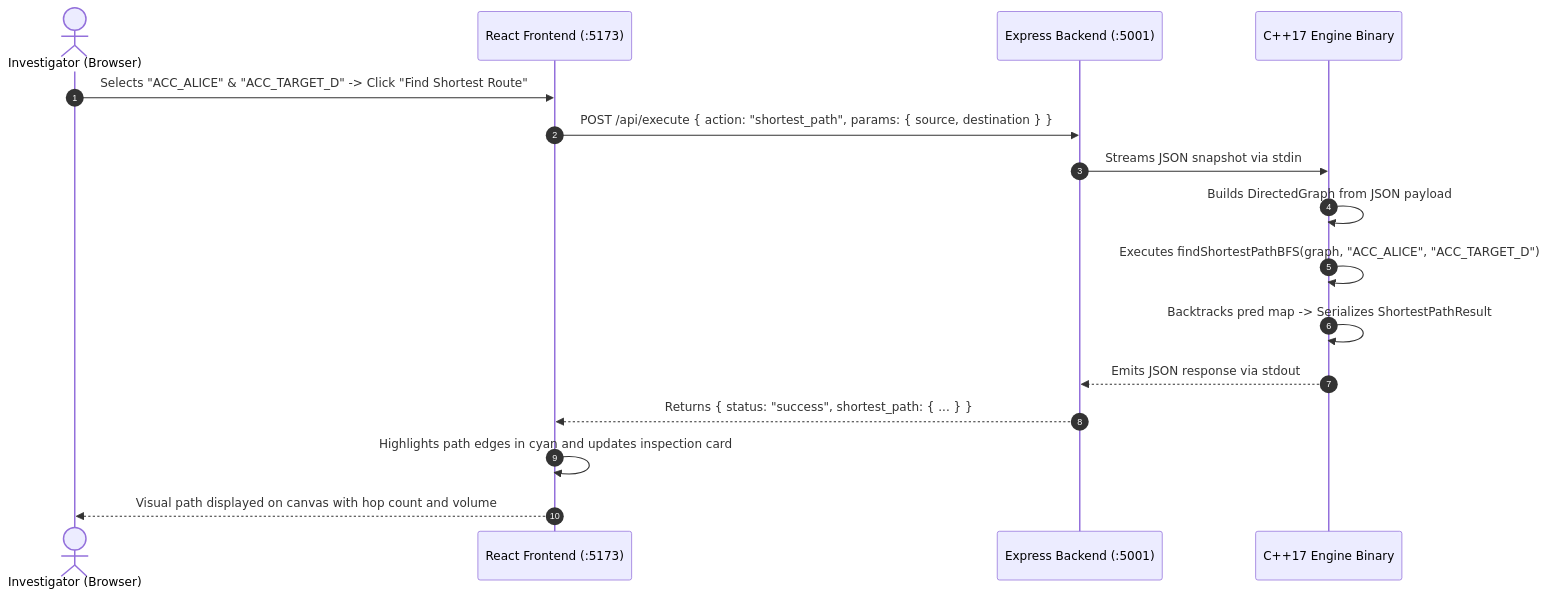
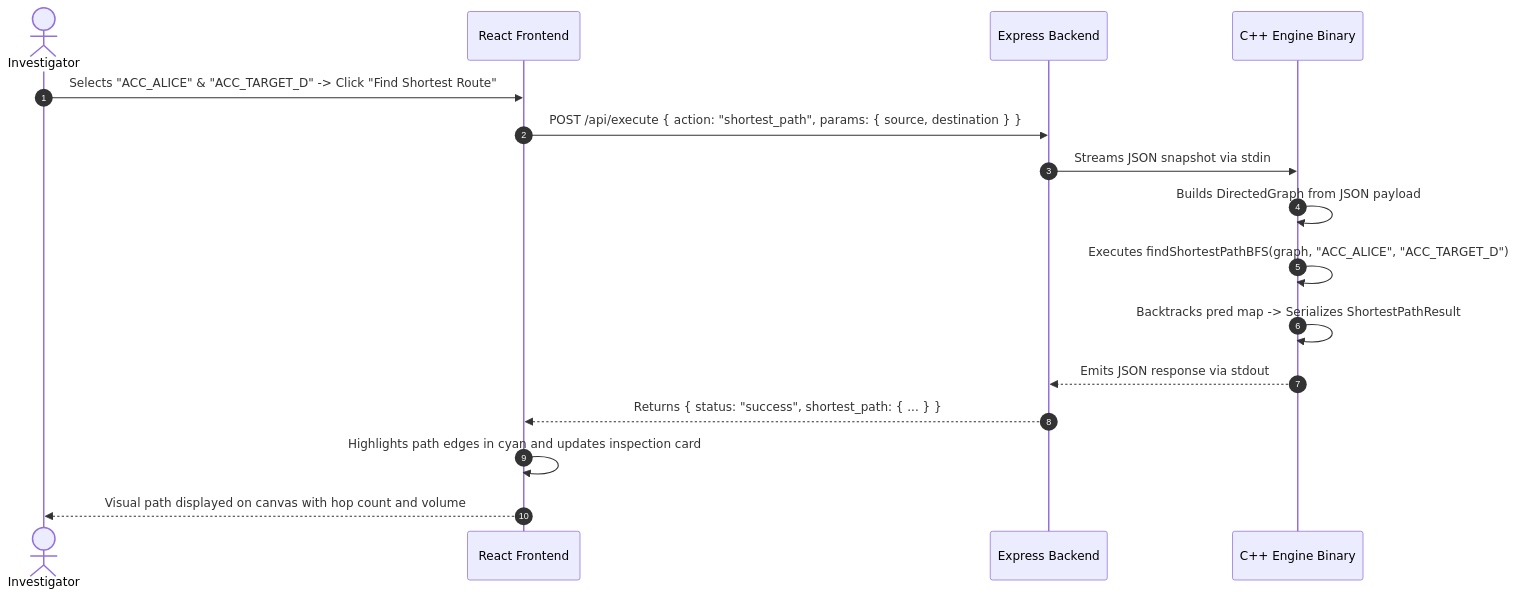
One commit to jeedijoshua-art/dsamp changed the second of 2 diagrams in docs/ARCHITECTURE.md. Above: the diagram before and after it, drawn with Mermaid. The commit also changed other lines of this file and 1 other file, not shown here.

Commit message:
fix(docs): resolve Mermaid syntax parse error on GitHub by quoting node and edge labels

````diff
--- a/docs/ARCHITECTURE.md
+++ b/docs/ARCHITECTURE.md
@@ -115,19 +115,19 @@
 ```mermaid
 sequenceDiagram
     autonumber
-    actor User as Investigator (Browser)
-    participant UI as React Frontend (:5173)
-    participant API as Express Backend (:5001)
-    participant CPP as C++17 Engine Binary
+    actor User as Investigator
+    participant UI as React Frontend
+    participant API as Express Backend
+    participant CPP as C++ Engine Binary
 
     User->>UI: Selects "ACC_ALICE" & "ACC_TARGET_D" -> Click "Find Shortest Route"
     UI->>API: POST /api/execute { action: "shortest_path", params: { source, destination } }
     API->>CPP: Streams JSON snapshot via stdin
     CPP->>CPP: Builds DirectedGraph from JSON payload
     CPP->>CPP: Executes findShortestPathBFS(graph, "ACC_ALICE", "ACC_TARGET_D")
     CPP->>CPP: Backtracks pred map -> Serializes ShortestPathResult
     CPP-->>API: Emits JSON response via stdout
     API-->>UI: Returns { status: "success", shortest_path: { ... } }
     UI->>UI: Highlights path edges in cyan and updates inspection card
     UI-->>User: Visual path displayed on canvas with hop count and volume
 ```
````
